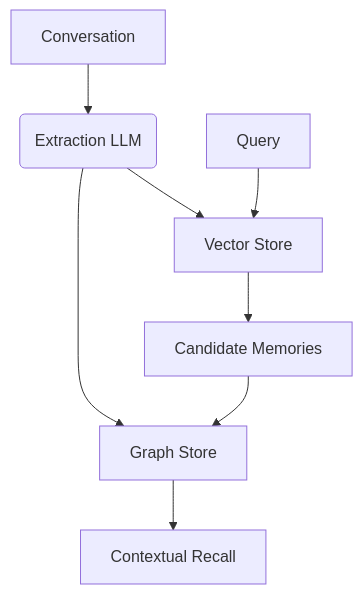
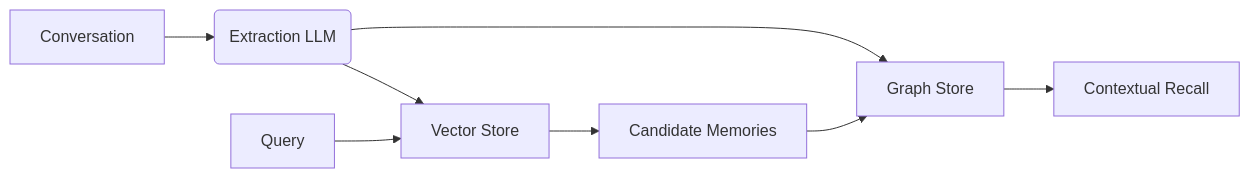
One commit to mem0ai/mem0 changed the diagram in docs/open-source/features/graph-memory.mdx. Above: the diagram before and after it, drawn with Mermaid. The commit also changed other lines of this file and 1 other file, not shown here.

Commit message:
graph and oss rearrangement

````diff
--- a/docs/open-source/features/graph-memory.mdx
+++ b/docs/open-source/features/graph-memory.mdx
@@ -21,10 +19,10 @@
 ```mermaid
-graph TD
+graph LR
     A[Conversation] --> B(Extraction LLM)
     B --> C[Vector Store]
     B --> D[Graph Store]
     E[Query] --> C
     C --> F[Candidate Memories]
     F --> D
     D --> G[Contextual Recall]
 ```
````
